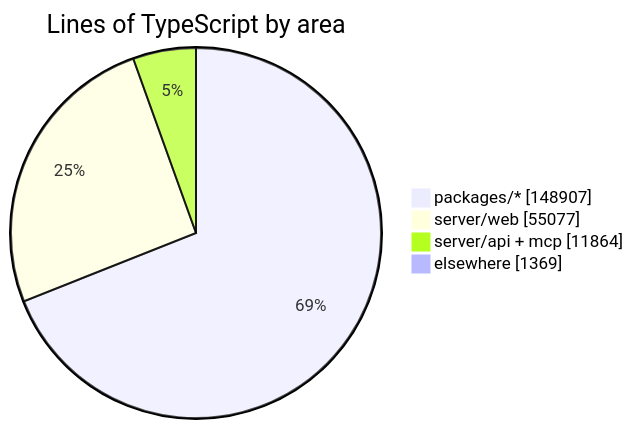
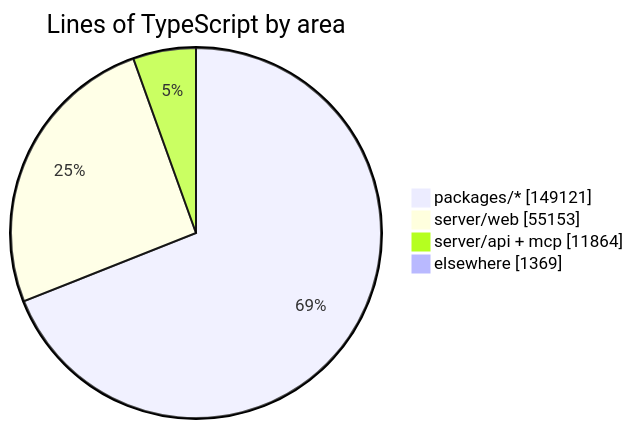
The diagram in README.md (crossworks-engineering/mantle), drawn with Mermaid before and after one commit. The commit also changed other lines of this file and 2 other files, not shown here.

````diff
--- a/README.md
+++ b/README.md
@@ -279,7 +279,7 @@
 ```mermaid
 pie showData title Lines of TypeScript by area
-    "packages/*" : 148907
-    "server/web" : 55077
+    "packages/*" : 149121
+    "server/web" : 55153
     "server/api + mcp" : 11864
     "elsewhere" : 1369
 ```
````
